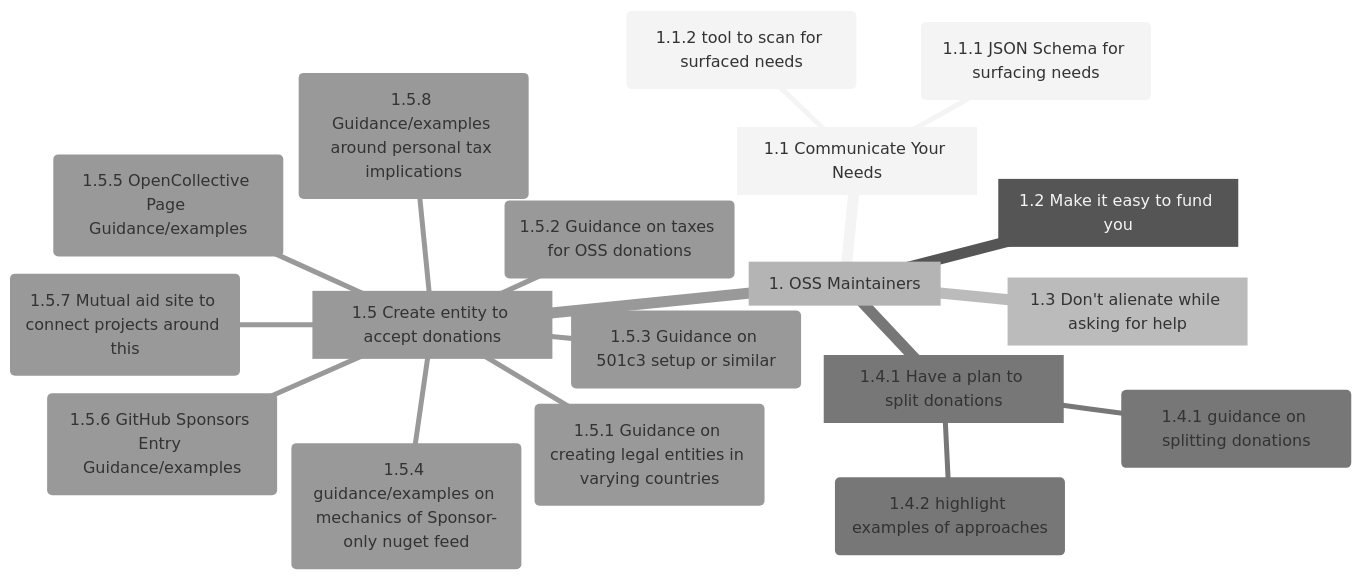
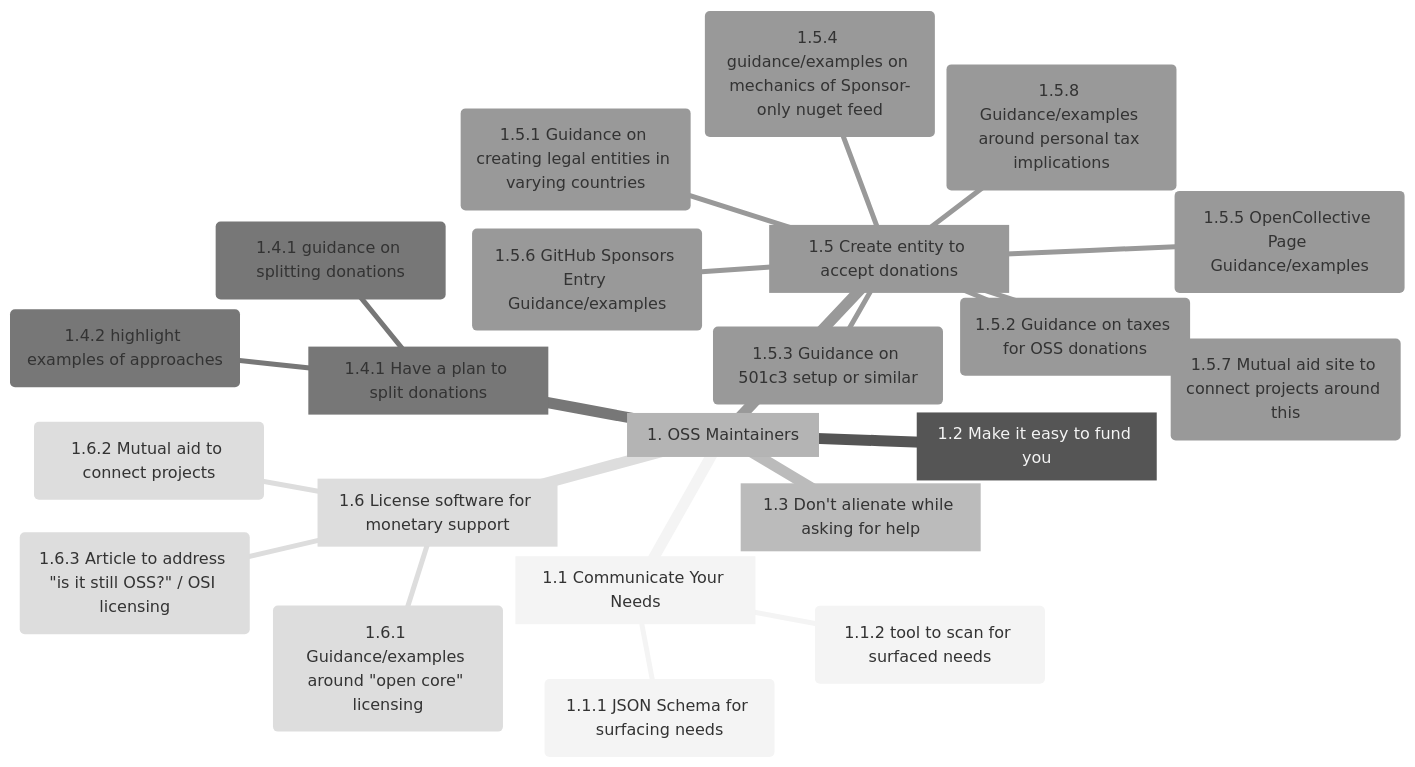
The first of 8 diagrams in README.md (AWiderDotNET/home), drawn with Mermaid (neutral theme) before and after one commit. The commit also changed other lines of this file, not shown here.

````diff
--- a/README.md
+++ b/README.md
@@ -29,21 +29,25 @@
 ```mermaid
 mindmap
   1[1. OSS Maintainers]
     1.1[1.1 Communicate Your Needs]
       1.1.1(1.1.1 JSON Schema for surfacing needs)
       1.1.2(1.1.2 tool to scan for surfaced needs)
     1.2[1.2 Make it easy to fund you]
     1.3[1.3 Don't alienate while asking for help]
     1.4[1.4.1 Have a plan to split donations]
       1.4.1(1.4.1 guidance on splitting donations)
       1.4.2(1.4.2 highlight examples of approaches)
     1.5[1.5 Create entity to accept donations]
       1.5.1(1.5.1 Guidance on creating legal entities in varying countries)
       1.5.2(1.5.2 Guidance on taxes for OSS donations)
       1.5.3(1.5.3 Guidance on 501c3 setup or similar)
       1.5.4(1.5.4 guidance/examples on mechanics of Sponsor-only nuget feed)
       1.5.5(1.5.5 OpenCollective Page Guidance/examples)
       1.5.6(1.5.6 GitHub Sponsors Entry Guidance/examples)
       1.5.7(1.5.7 Mutual aid site to connect projects around this)
       1.5.8(1.5.8 Guidance/examples around personal tax implications)
+    1.6[1.6 License software for monetary support]
+      1.6.1(1.6.1 Guidance/examples around "open core" licensing)
+      1.6.2(1.6.2 Mutual aid to connect projects)
+      1.6.3(1.6.3 Article to address "is it still OSS?" / OSI licensing)
 ```
````
